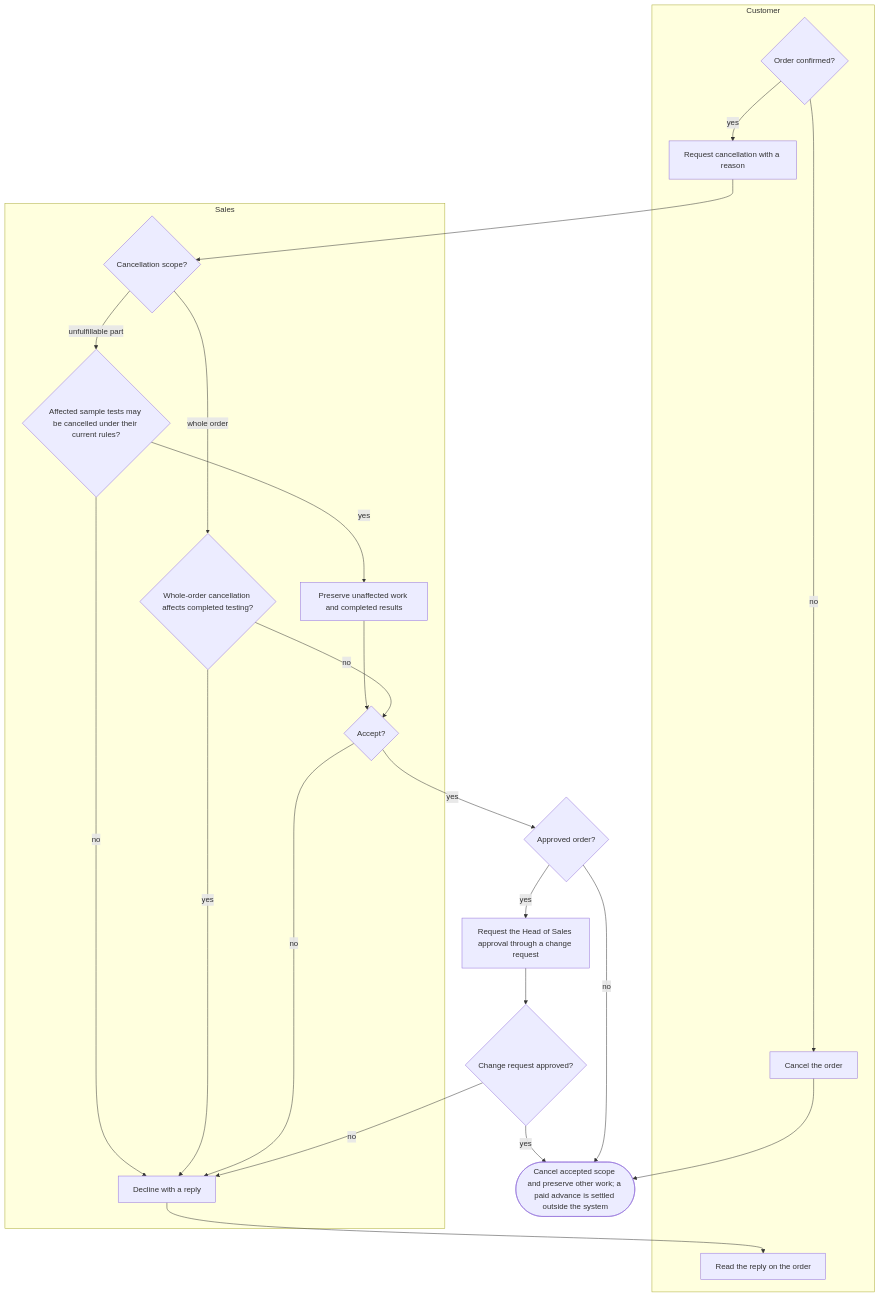
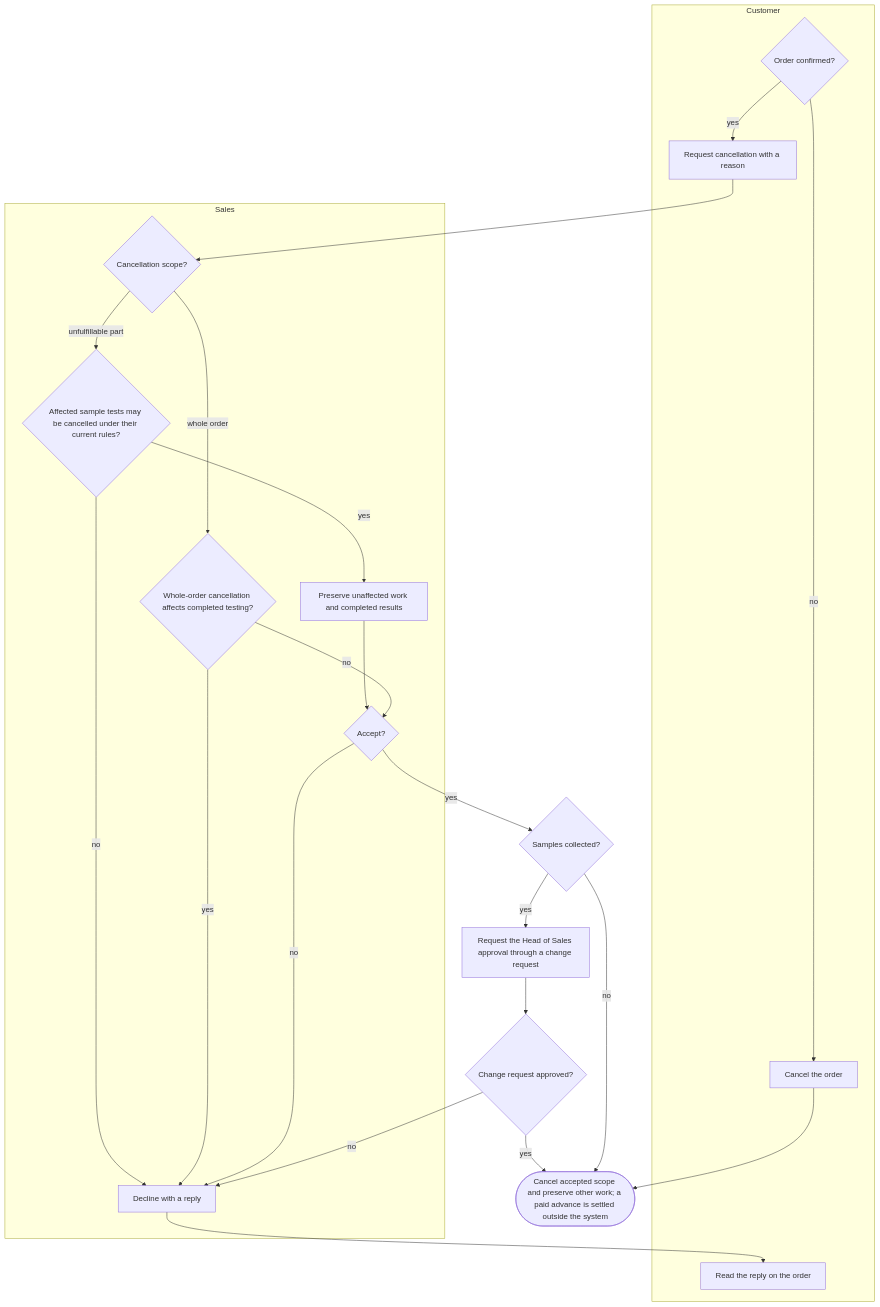
The eighth of 17 diagrams in docs/functional/business-flows.md (SoltuneMontepre/medilab), drawn with Mermaid before and after one commit. The commit also changed other lines of this file and 27 other files, not shown here.

````diff
--- a/docs/functional/business-flows.md
+++ b/docs/functional/business-flows.md
@@ -380,28 +374,28 @@
 ```mermaid
 flowchart TD
     subgraph lane22 ["Customer"]
         c1{Order confirmed?}
         c1 -->|no| c2[Cancel the order]
         c1 -->|yes| c3[Request cancellation with a reason]
         c4[Read the reply on the order]
     end
     subgraph lane23 ["Sales"]
         scope{Cancellation scope?}
         scope -->|whole order| s1{Whole-order cancellation affects completed testing?}
         scope -->|unfulfillable part| partial{Affected sample tests may be cancelled under their current rules?}
         partial -->|no| s2
         partial -->|yes| preserve[Preserve unaffected work and completed results] --> s3
         s1 -->|yes| s2[Decline with a reply]
         s1 -->|no| s3{Accept?}
         s3 -->|no| s2
     end
     c3 --> scope
     s2 --> c4
-    s3 -->|yes| signed{Approved order?}
-    signed -->|yes| approval[Request the Head of Sales approval through a change request]
+    s3 -->|yes| collected{Samples collected?}
+    collected -->|yes| approval[Request the Head of Sales approval through a change request]
     approval --> decision{Change request approved?}
     decision -->|no| s2
     decision -->|yes| cancel
-    signed -->|no| cancel(["Cancel accepted scope and preserve other work; a paid advance is settled outside the system"])
+    collected -->|no| cancel(["Cancel accepted scope and preserve other work; a paid advance is settled outside the system"])
     c2 --> cancel
 ```
````
